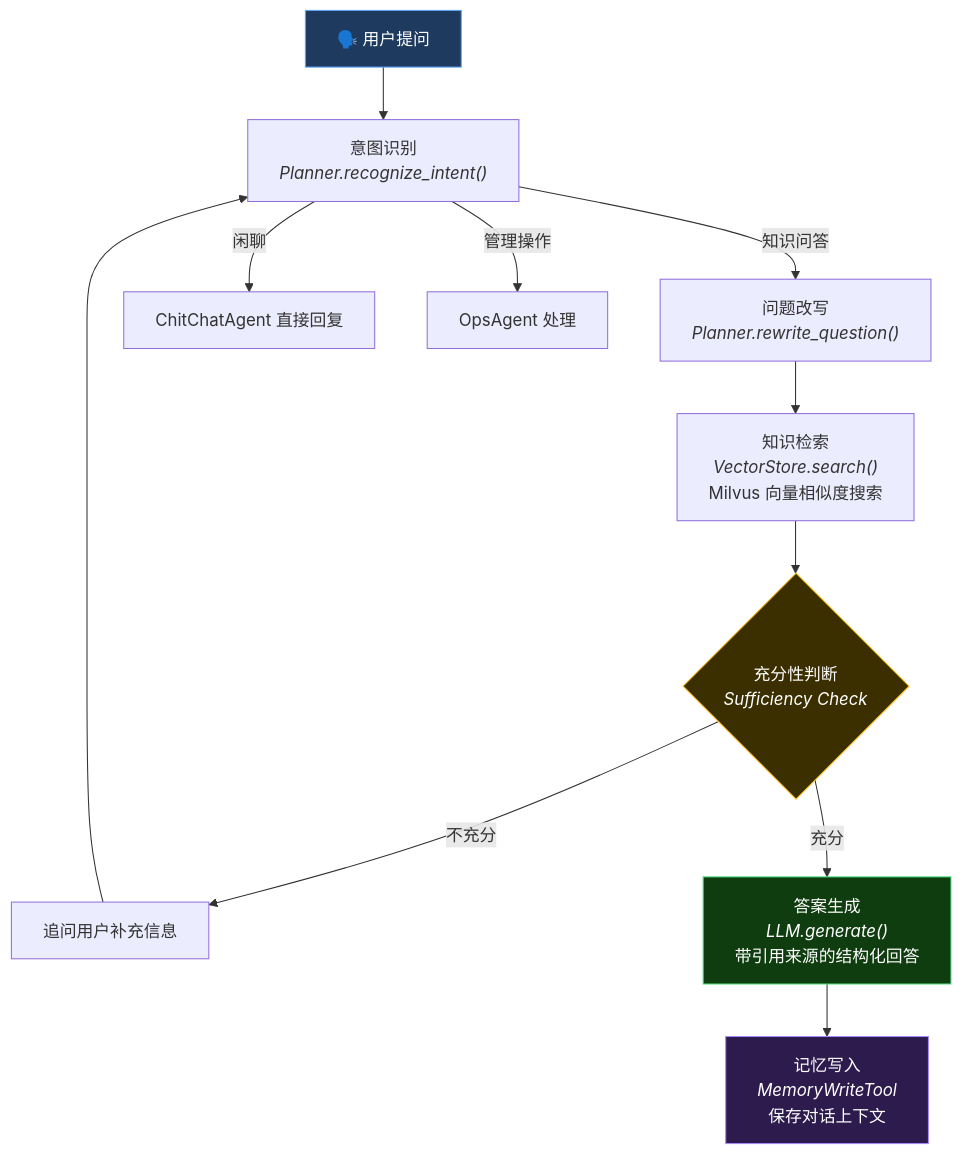
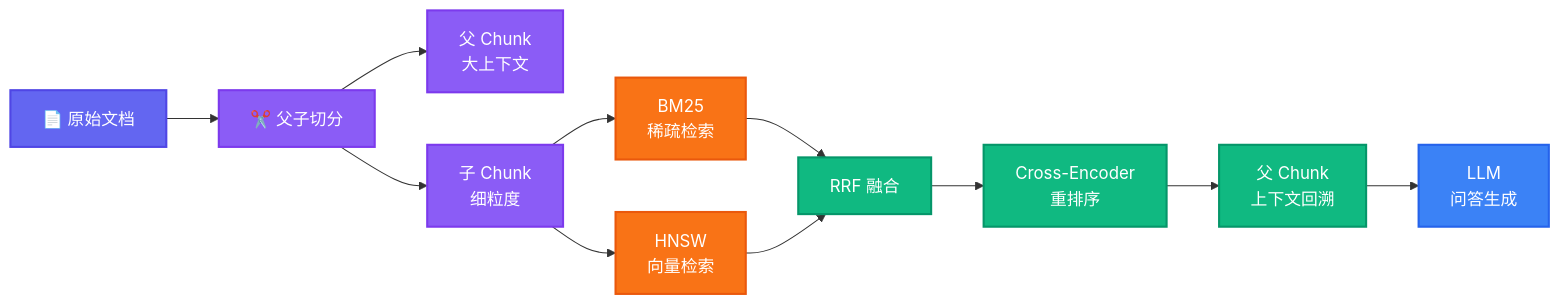
Before and after one commit to 7ing24/AgenticRAG: the second of 4 diagrams in README.md, drawn with Mermaid. The commit also changed other lines of this file and 4 other files, not shown here.

````diff
--- a/README.md
+++ b/README.md
@@ -90,19 +116,28 @@
 ```mermaid
-flowchart TD
-    A["🗣️ 用户提问"] --> B["意图识别<br/><i>Planner.recognize_intent()</i>"]
-    B -->|知识问答| C["问题改写<br/><i>Planner.rewrite_question()</i>"]
-    B -->|闲聊| CHITCHAT["ChitChatAgent 直接回复"]
-    B -->|管理操作| OPS["OpsAgent 处理"]
+graph LR
+    classDef doc fill:#6366F1,stroke:#4F46E5,color:#fff,stroke-width:2px
+    classDef chunk fill:#8B5CF6,stroke:#7C3AED,color:#fff,stroke-width:2px
+    classDef search fill:#F97316,stroke:#EA580C,color:#fff,stroke-width:2px
+    classDef merge fill:#10B981,stroke:#059669,color:#fff,stroke-width:2px
+    classDef output fill:#3B82F6,stroke:#2563EB,color:#fff,stroke-width:2px
 
-    C --> D["知识检索<br/><i>VectorStore.search()</i><br/>Milvus 向量相似度搜索"]
-    D --> E{"充分性判断<br/><i>Sufficiency Check</i>"}
-    E -->|不充分| F["追问用户补充信息"]
-    F --> B
-    E -->|充分| G["答案生成<br/><i>LLM.generate()</i><br/>带引用来源的结构化回答"]
-    G --> H["记忆写入<br/><i>MemoryWriteTool</i><br/>保存对话上下文"]
+    Doc["📄 原始文档"] --> Split["✂️ 父子切分"]
+    Split --> Parent["父 Chunk<br/>大上下文"]
+    Split --> Child["子 Chunk<br/>细粒度"]
+    
+    Child --> BM25["BM25<br/>稀疏检索"]
+    Child --> HNSW["HNSW<br/>向量检索"]
+    
+    BM25 --> RRF["RRF 融合"]
+    HNSW --> RRF
+    
+    RRF --> Rerank["Cross-Encoder<br/>重排序"]
+    Rerank --> Expand["父 Chunk<br/>上下文回溯"]
+    Expand --> LLM["LLM<br/>问答生成"]
 
-    style A fill:#1e3a5f,stroke:#60a5fa,color:#fff
-    style E fill:#3b2f00,stroke:#fbbf24,color:#fff
-    style G fill:#0f3d0f,stroke:#4ade80,color:#fff
-    style H fill:#2d1b4e,stroke:#a78bfa,color:#fff
+    class Doc doc
+    class Split,Child,Parent chunk
+    class BM25,HNSW search
+    class RRF,Rerank,Expand merge
+    class LLM output
 ```
````
